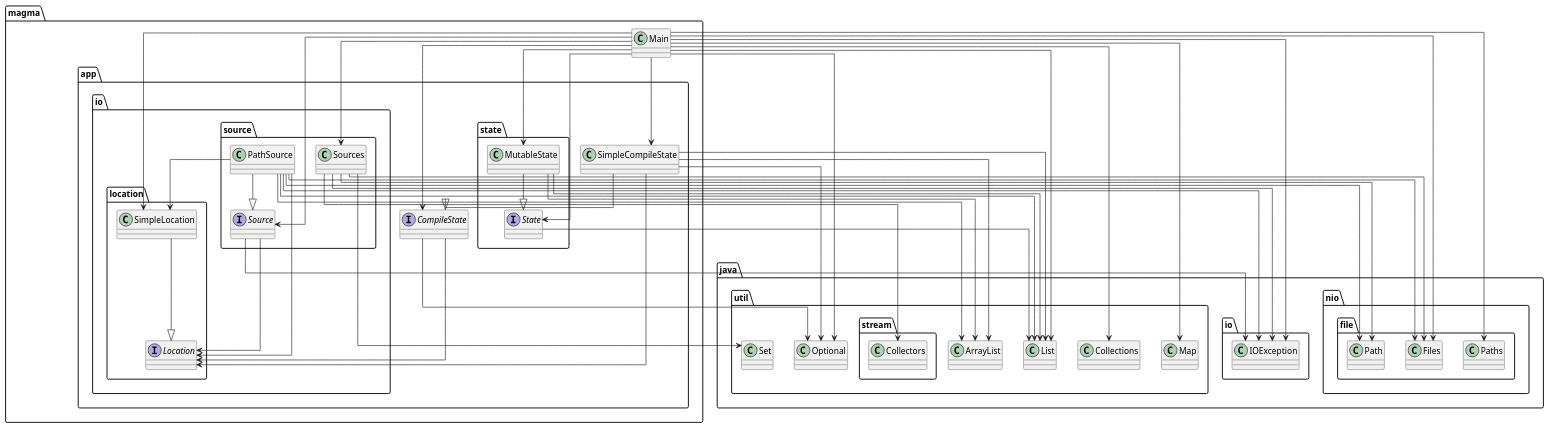
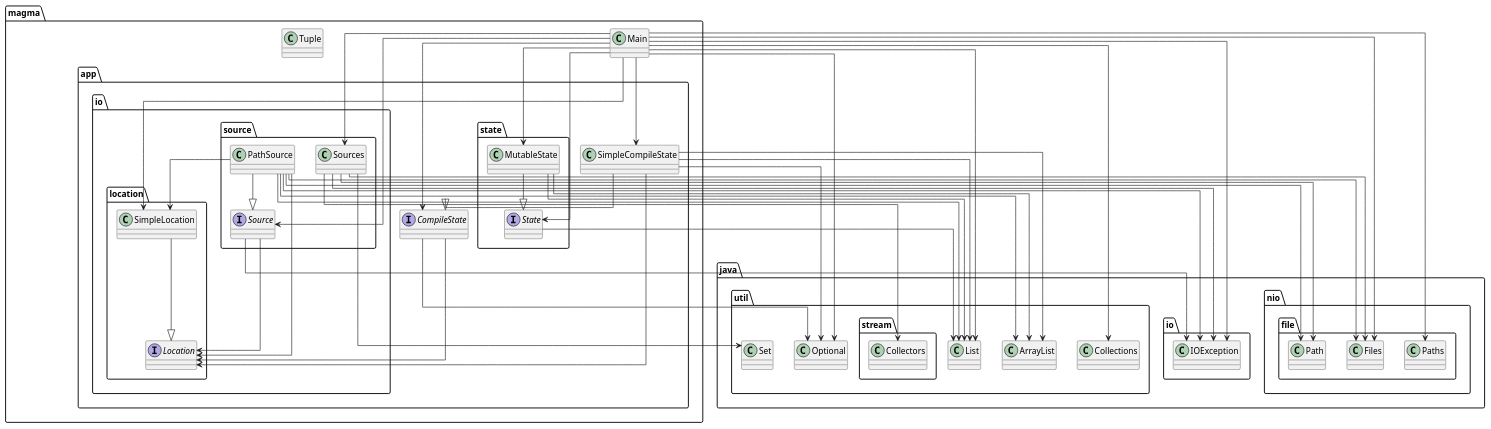
Before and after one commit to SirMathhman/Magma: the diagram in diagram.puml, drawn with PlantUML. The commit also changed 2 other files, not shown here.

```diff
--- a/diagram.puml
+++ b/diagram.puml
@@ -1,54 +1,54 @@
 @startuml
 skinparam linetype ortho
 interface magma.app.io.location.Location
 magma.app.SimpleCompileState --> magma.app.io.location.Location
 magma.app.SimpleCompileState --> java.util.ArrayList
 magma.app.SimpleCompileState --> java.util.List
 magma.app.SimpleCompileState --> java.util.Optional
 class magma.app.SimpleCompileState
 magma.app.SimpleCompileState --|> magma.app.CompileState
 magma.app.CompileState --> magma.app.io.location.Location
 magma.app.CompileState --> java.util.Optional
 interface magma.app.CompileState
 class magma.app.io.location.SimpleLocation
 magma.app.io.location.SimpleLocation --|> magma.app.io.location.Location
 magma.app.state.MutableState --> java.util.ArrayList
 magma.app.state.MutableState --> java.util.List
 class magma.app.state.MutableState
 magma.app.state.MutableState --|> magma.app.state.State
 magma.Main --> magma.app.CompileState
 magma.Main --> magma.app.SimpleCompileState
 magma.Main --> magma.app.io.location.SimpleLocation
 magma.Main --> magma.app.io.source.Source
 magma.Main --> magma.app.io.source.Sources
 magma.Main --> magma.app.state.MutableState
 magma.Main --> magma.app.state.State
 magma.Main --> java.io.IOException
 magma.Main --> java.nio.file.Files
 magma.Main --> java.nio.file.Paths
 magma.Main --> java.util.Collections
 magma.Main --> java.util.List
-magma.Main --> java.util.Map
 magma.Main --> java.util.Optional
 class magma.Main
 magma.app.io.source.Source --> magma.app.io.location.Location
 magma.app.io.source.Source --> java.io.IOException
 interface magma.app.io.source.Source
+class magma.Tuple
 magma.app.io.source.PathSource --> magma.app.io.location.Location
 magma.app.io.source.PathSource --> magma.app.io.location.SimpleLocation
 magma.app.io.source.PathSource --> java.io.IOException
 magma.app.io.source.PathSource --> java.nio.file.Files
 magma.app.io.source.PathSource --> java.nio.file.Path
 magma.app.io.source.PathSource --> java.util.ArrayList
 magma.app.io.source.PathSource --> java.util.List
 class magma.app.io.source.PathSource
 magma.app.io.source.PathSource --|> magma.app.io.source.Source
 magma.app.io.source.Sources --> java.io.IOException
 magma.app.io.source.Sources --> java.nio.file.Files
 magma.app.io.source.Sources --> java.nio.file.Path
 magma.app.io.source.Sources --> java.util.Set
 magma.app.io.source.Sources --> java.util.stream.Collectors
 class magma.app.io.source.Sources
 magma.app.state.State --> java.util.List
 interface magma.app.state.State
 @enduml
```
